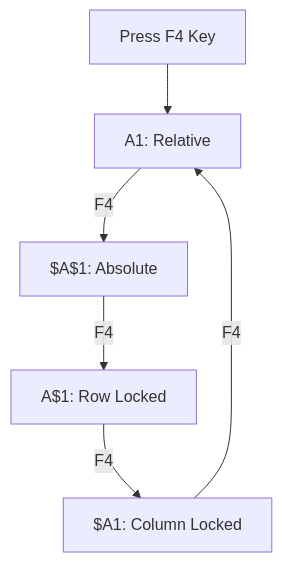
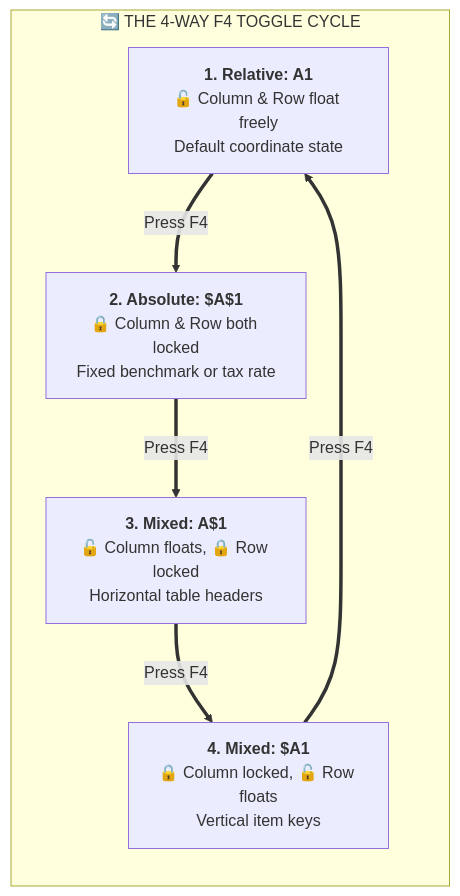
One commit to Sohila-Khaled-Abbas/COURSE-EXCEL-ZERO-TO-HERO changed the diagram in 03_Concepts/Relative vs Absolute References.md. Above: the diagram before and after it, drawn with Mermaid.

Commit message:
feat(auto-sync): update 02_Notes\08_Power_Query_and_M\01_Power_Query_Fundamentals_and_ETL.md [2026-09-30 19:29:19]

````diff
--- a/03_Concepts/Relative vs Absolute References.md
+++ b/03_Concepts/Relative vs Absolute References.md
@@ -34,8 +34,15 @@
 ```mermaid
 flowchart TD
-    F4[Press F4 Key] --> R[A1: Relative]
-    R -->|F4| ABS["$A$1: Absolute"]
-    ABS -->|F4| M1["A$1: Row Locked"]
-    M1 -->|F4| M2["$A1: Column Locked"]
-    M2 -->|F4| R
+    subgraph Cycle ["🔄 THE 4-WAY F4 TOGGLE CYCLE"]
+        direction TB
+        R["<b>1. Relative: A1</b><br/>🔓 Column & Row float freely<br/>Default coordinate state"]
+        ABS["<b>2. Absolute: $A$1</b><br/>🔒 Column & Row both locked<br/>Fixed benchmark or tax rate"]
+        M1["<b>3. Mixed: A$1</b><br/>🔓 Column floats, 🔒 Row locked<br/>Horizontal table headers"]
+        M2["<b>4. Mixed: $A1</b><br/>🔒 Column locked, 🔓 Row floats<br/>Vertical item keys"]
+        
+        R ==>|Press F4| ABS
+        ABS ==>|Press F4| M1
+        M1 ==>|Press F4| M2
+        M2 ==>|Press F4| R
+    end
 ```
````
